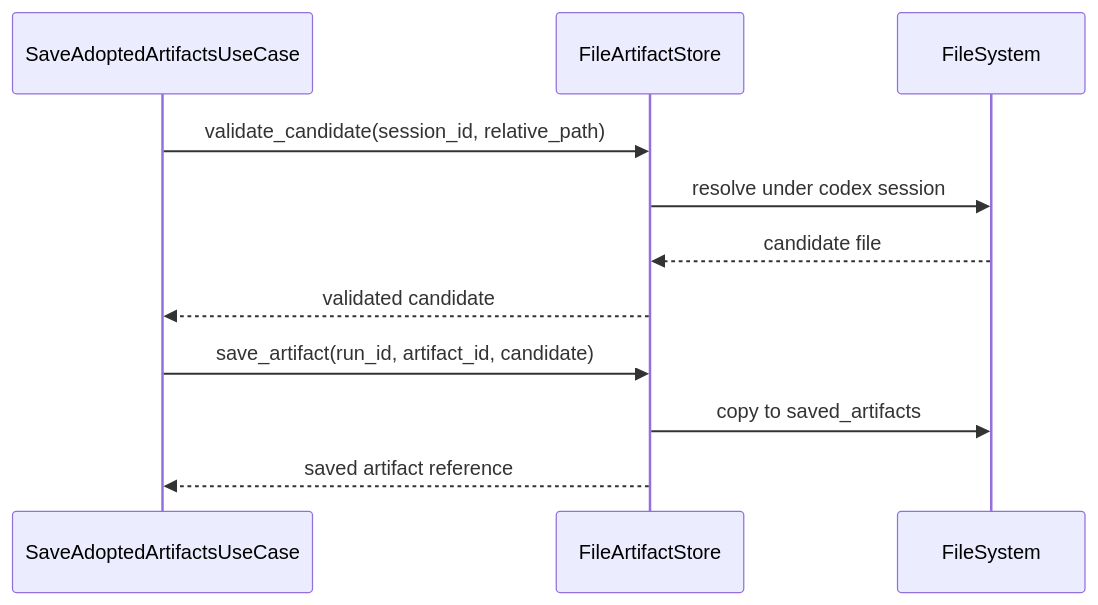
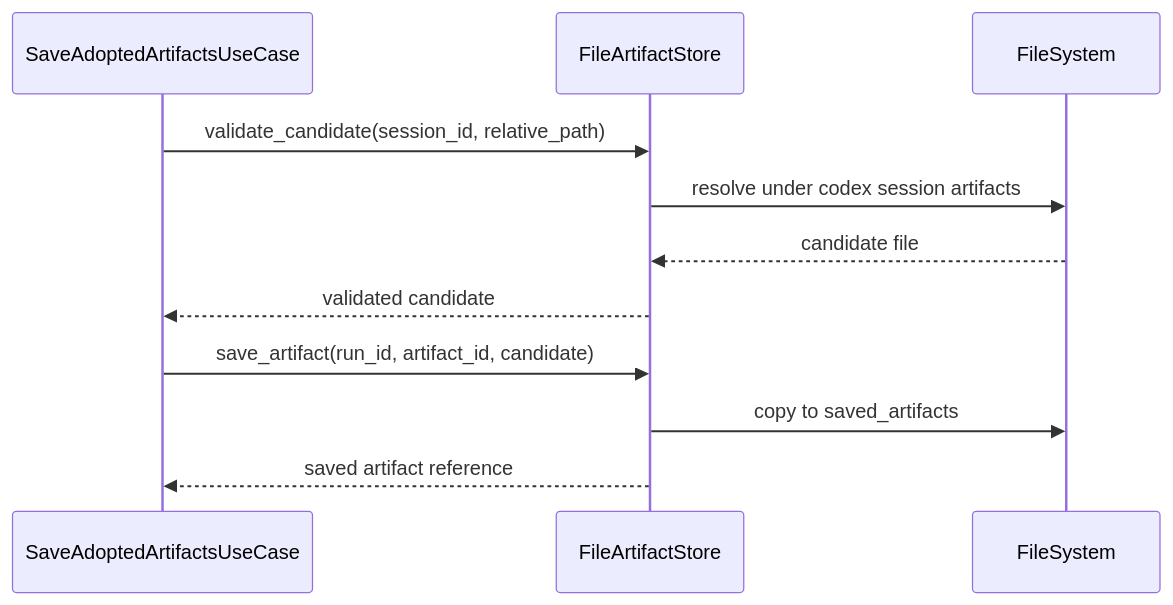
Before and after one commit to mincsys/D-Concierge: the diagram in docs/03_内部設計/03_内部IF設計/成果物ファイルIF.md, drawn with Mermaid. The commit also changed other lines of this file and 17 other files, not shown here.

````diff
--- a/docs/03_内部設計/03_内部IF設計/成果物ファイルIF.md
+++ b/docs/03_内部設計/03_内部IF設計/成果物ファイルIF.md
@@ -25,14 +26,14 @@
 ```mermaid
 sequenceDiagram
     participant usecase as SaveAdoptedArtifactsUseCase
     participant store as FileArtifactStore
     participant fs as FileSystem
 
     usecase->>store: validate_candidate(session_id, relative_path)
-    store->>fs: resolve under codex session
+    store->>fs: resolve under codex session artifacts
     fs-->>store: candidate file
     store-->>usecase: validated candidate
     usecase->>store: save_artifact(run_id, artifact_id, candidate)
     store->>fs: copy to saved_artifacts
     store-->>usecase: saved artifact reference
 ```
````
